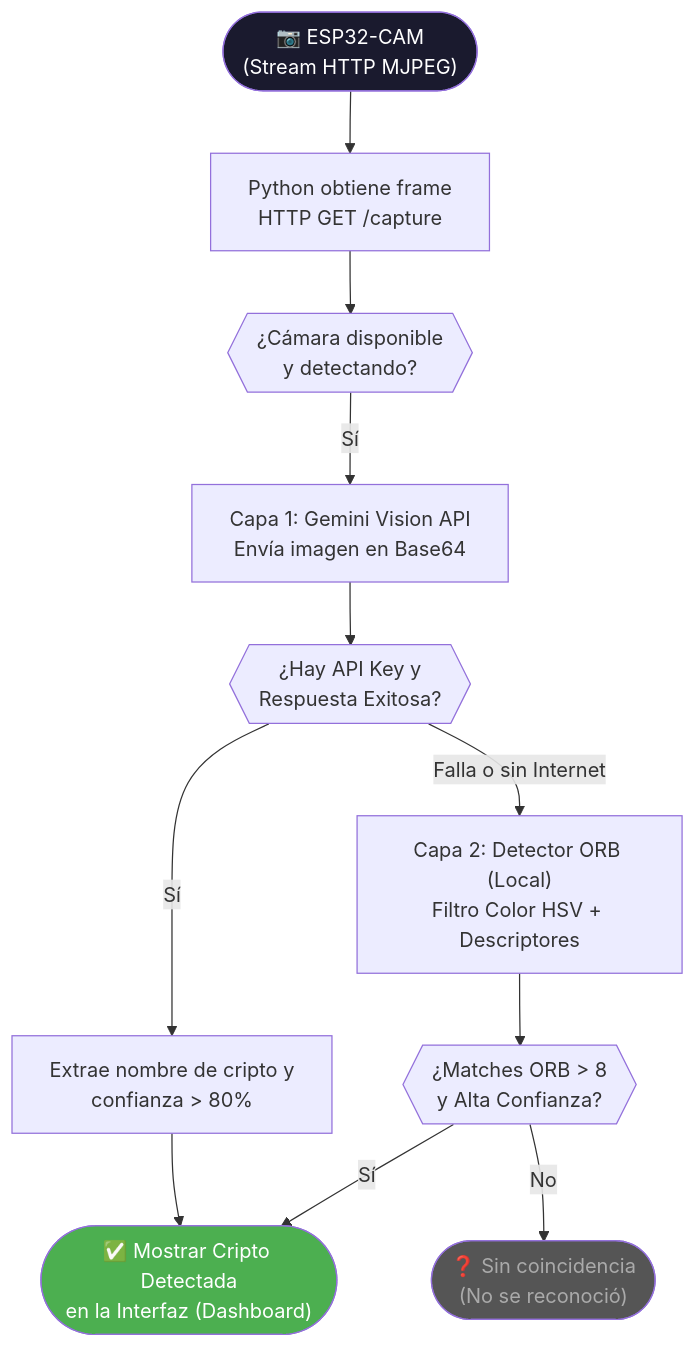
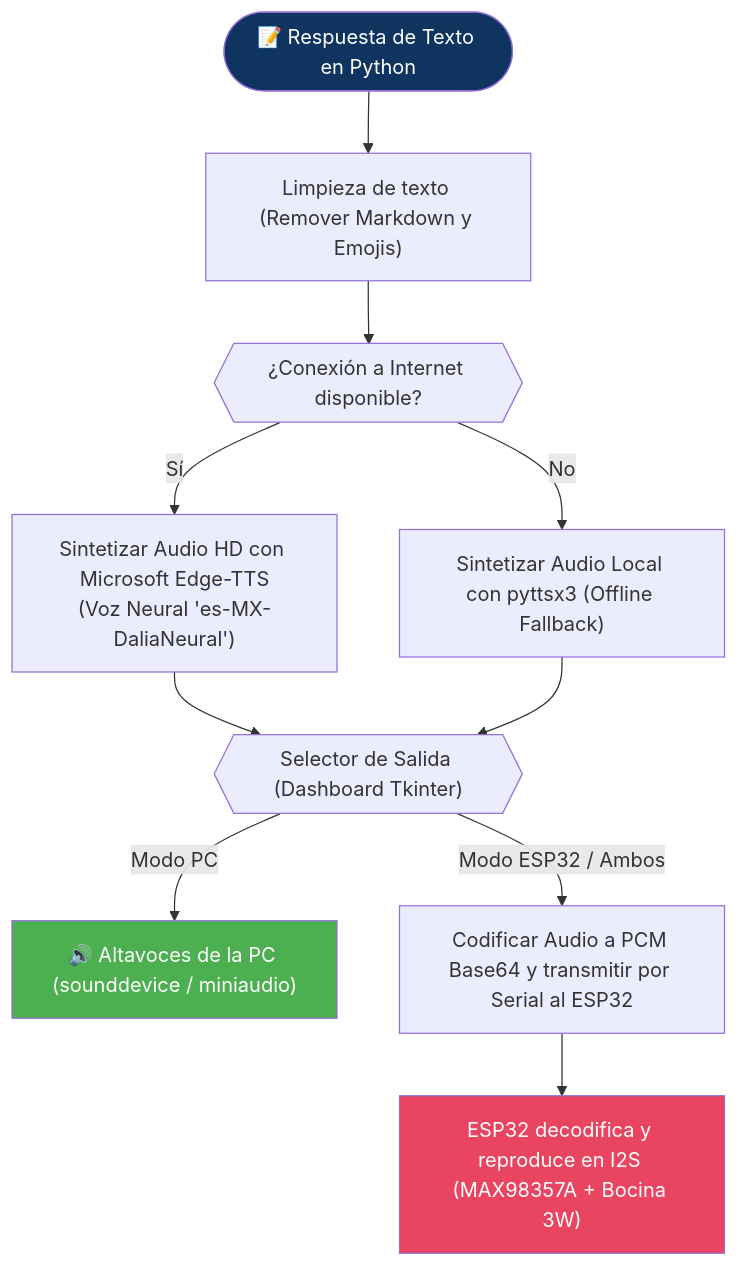
One commit to Daniel-Macias-hub/Asistente-Financiero-Experto changed the fifth of 5 diagrams in README.md. Above: the diagram before and after it, drawn with Mermaid. The commit also changed other lines of this file, not shown here.

````diff
--- a/README.md
+++ b/README.md
@@ -180,26 +174,22 @@
 ```mermaid
 flowchart TD
-    A(["📷 ESP32-CAM\n(Stream HTTP MJPEG)"])
-    B["Python obtiene frame\nHTTP GET /capture"]
-    C{{"¿Cámara disponible\ny detectando?"}}
-    D["Capa 1: Gemini Vision API\nEnvía imagen en Base64"]
-    E{{"¿Hay API Key y\nRespuesta Exitosa?"}}
-    F["Extrae nombre de cripto y\nconfianza > 80%"]
-    G["Capa 2: Detector ORB (Local)\nFiltro Color HSV + Descriptores"]
-    H{{"¿Matches ORB > 8\ny Alta Confianza?"}}
-    I(["✅ Mostrar Cripto Detectada\nen la Interfaz (Dashboard)"])
-    J(["❓ Sin coincidencia\n(No se reconoció)"])
+    A(["📝 Respuesta de Texto en Python"])
+    B["Limpieza de texto (Remover Markdown y Emojis)"]
+    C{{"¿Conexión a Internet disponible?"}}
+    D["Sintetizar Audio HD con Microsoft Edge-TTS\n(Voz Neural 'es-MX-DaliaNeural')"]
+    E["Sintetizar Audio Local con pyttsx3 (Offline Fallback)"]
+    F{{"Selector de Salida (Dashboard Tkinter)"}}
+    G["🔊 Altavoces de la PC (sounddevice / miniaudio)"]
+    H["Codificar Audio a PCM Base64 y transmitir por Serial al ESP32"]
+    I["ESP32 decodifica y reproduce en I2S (MAX98357A + Bocina 3W)"]
 
     A --> B --> C
-    C -->|"Sí"| D
-    D --> E
-    E -->|"Sí"| F --> I
-    E -->|"Falla o sin Internet"| G
-    G --> H
-    H -->|"Sí"| I
-    H -->|"No"| J
+    C -->|"Sí"| D --> F
+    C -->|"No"| E --> F
+    F -->|"Modo PC"| G
+    F -->|"Modo ESP32 / Ambos"| H --> I
 
-    style A fill:#1a1a2e,color:#fff
-    style I fill:#4caf50,color:#fff
-    style J fill:#555,color:#aaa
+    style A fill:#0f3460,color:#fff
+    style G fill:#4caf50,color:#fff
+    style I fill:#e94560,color:#fff
 ```
````
